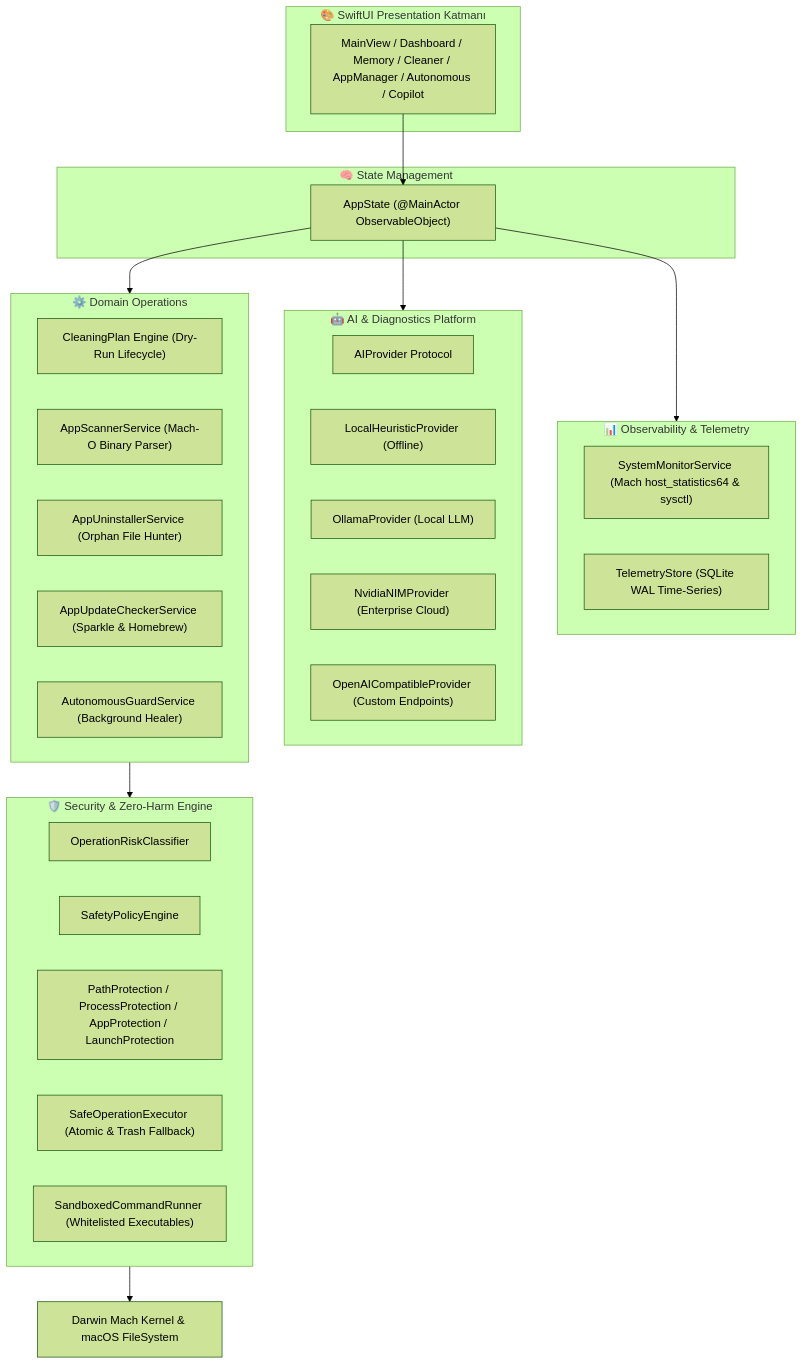
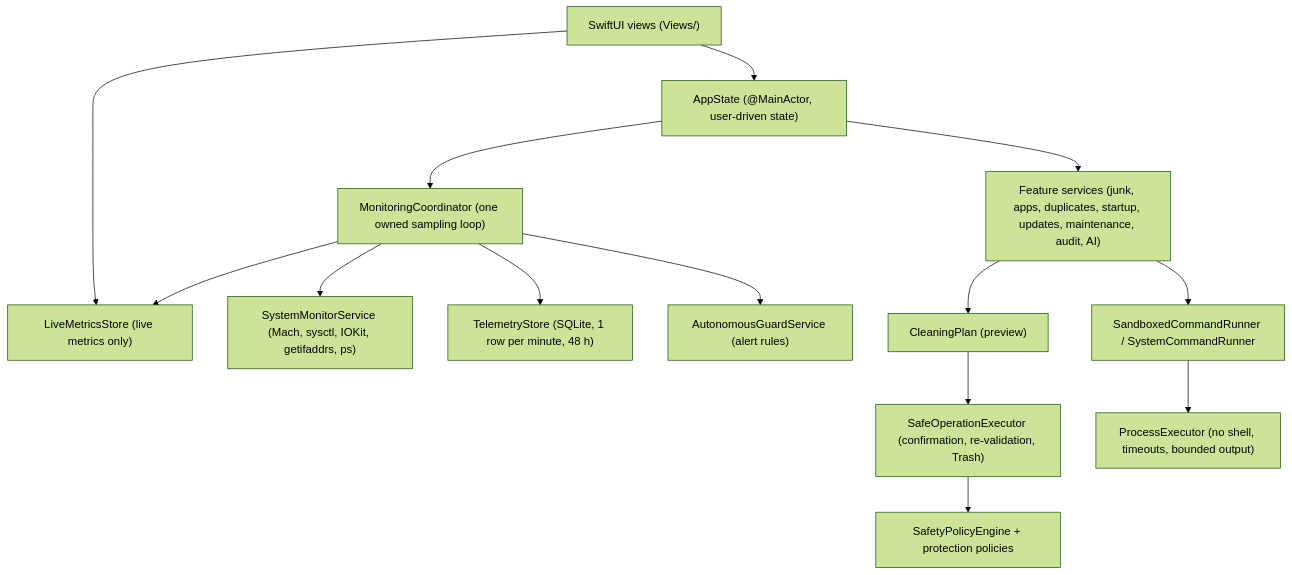
Before and after one commit to Codifya/MacOptimizer: the diagram in ARCHITECTURE.md, drawn with Mermaid (forest theme). The commit also changed other lines of this file and 11 other files, not shown here.

````diff
--- a/ARCHITECTURE.md
+++ b/ARCHITECTURE.md
@@ -9,46 +22,16 @@
 ```mermaid
 graph TD
-    subgraph UI ["🎨 SwiftUI Presentation Katmanı"]
-        Views["MainView / Dashboard / Memory / Cleaner / AppManager / Autonomous / Copilot"]
-    end
-
-    subgraph State ["🧠 State Management"]
-        AppState["AppState (@MainActor ObservableObject)"]
-    end
-
-    subgraph CoreSecurity ["🛡️ Security & Zero-Harm Engine"]
-        RiskClassifier["OperationRiskClassifier"]
-        SafetyEngine["SafetyPolicyEngine"]
-        Policies["PathProtection / ProcessProtection / AppProtection / LaunchProtection"]
-        SafeExec["SafeOperationExecutor (Atomic & Trash Fallback)"]
-        CmdSandbox["SandboxedCommandRunner (Whitelisted Executables)"]
-    end
-
-    subgraph CoreTelemetry ["📊 Observability & Telemetry"]
-        SysMon["SystemMonitorService (Mach host_statistics64 & sysctl)"]
-        TelemetryStore["TelemetryStore (SQLite WAL Time-Series)"]
-    end
-
-    subgraph AIPlatform ["🤖 AI & Diagnostics Platform"]
-        AIProvider["AIProvider Protocol"]
-        Heuristics["LocalHeuristicProvider (Offline)"]
-        Ollama["OllamaProvider (Local LLM)"]
-        NIM["NvidiaNIMProvider (Enterprise Cloud)"]
-        OpenAI["OpenAICompatibleProvider (Custom Endpoints)"]
-    end
-
-    subgraph Operations ["⚙️ Domain Operations"]
-        CleaningPlan["CleaningPlan Engine (Dry-Run Lifecycle)"]
-        AppScanner["AppScannerService (Mach-O Binary Parser)"]
-        Uninstaller["AppUninstallerService (Orphan File Hunter)"]
-        Updates["AppUpdateCheckerService (Sparkle & Homebrew)"]
-        Watchdog["AutonomousGuardService (Background Healer)"]
-    end
-
-    Views --> AppState
-    AppState --> CoreTelemetry
-    AppState --> AIPlatform
-    AppState --> Operations
-    Operations --> CoreSecurity
-    CoreSecurity --> Darwin["Darwin Mach Kernel & macOS FileSystem"]
+    Views["SwiftUI views (Views/)"] --> AppState["AppState (@MainActor, user-driven state)"]
+    Views --> Metrics["LiveMetricsStore (live metrics only)"]
+    AppState --> Coordinator["MonitoringCoordinator (one owned sampling loop)"]
+    Coordinator --> Monitor["SystemMonitorService (Mach, sysctl, IOKit, getifaddrs, ps)"]
+    Coordinator --> Metrics
+    Coordinator --> Telemetry["TelemetryStore (SQLite, 1 row per minute, 48 h)"]
+    Coordinator --> Watchdog["AutonomousGuardService (alert rules)"]
+    AppState --> Services["Feature services (junk, apps, duplicates, startup, updates, maintenance, audit, AI)"]
+    Services --> Plan["CleaningPlan (preview)"]
+    Plan --> Executor["SafeOperationExecutor (confirmation, re-validation, Trash)"]
+    Executor --> Policy["SafetyPolicyEngine + protection policies"]
+    Services --> Runners["SandboxedCommandRunner / SystemCommandRunner"]
+    Runners --> ProcExec["ProcessExecutor (no shell, timeouts, bounded output)"]
 ```
````
